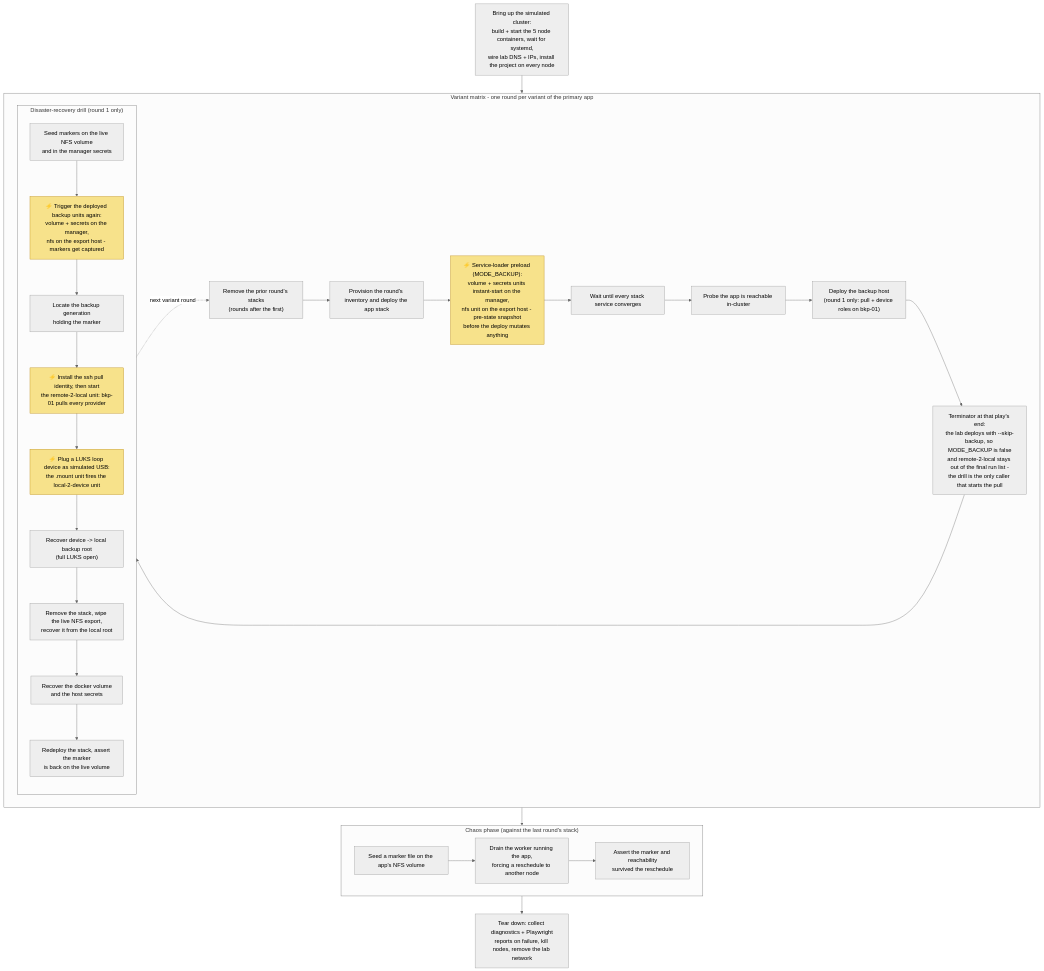
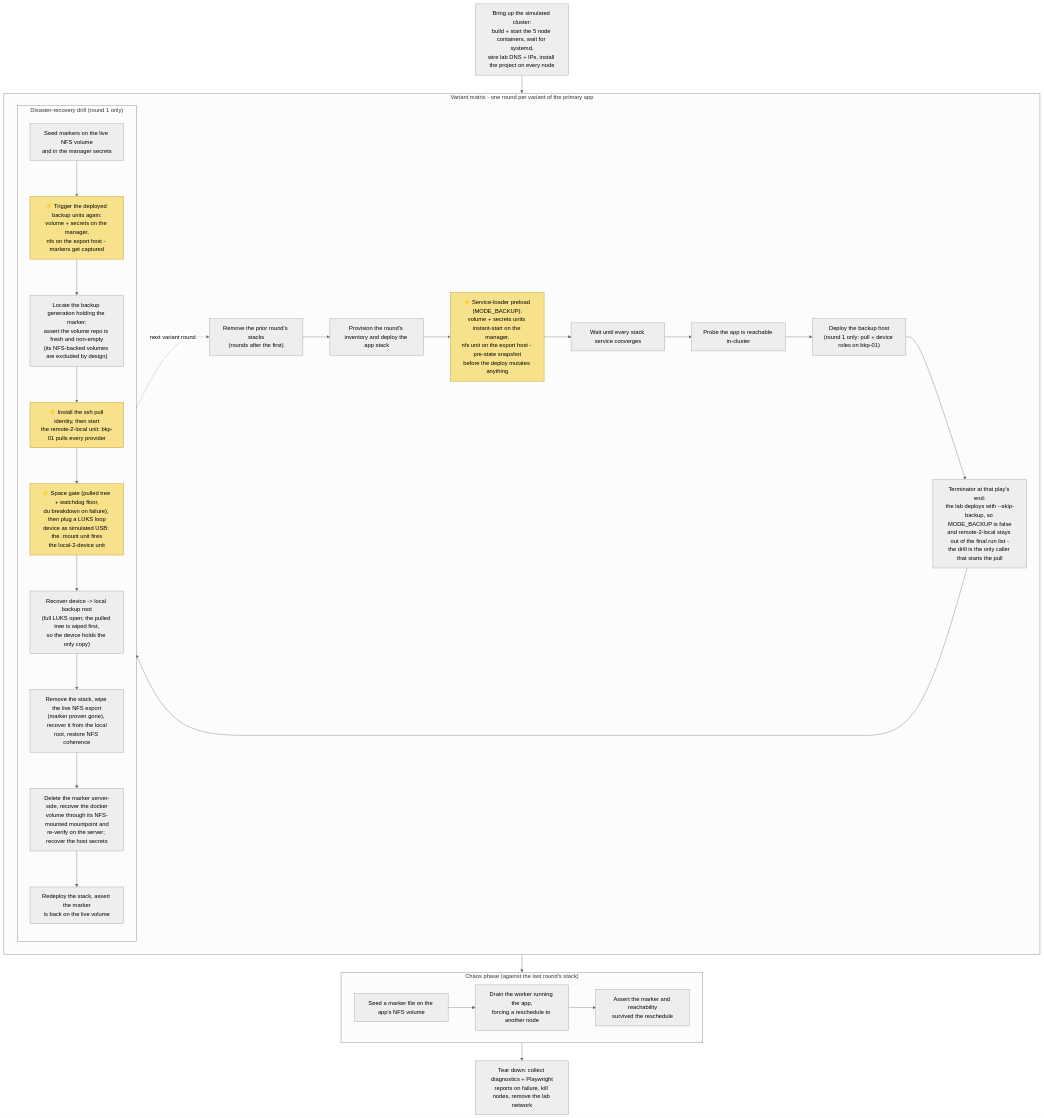
The diagram in scripts/tests/deploy/swarm/routine/README.md (AlejandroRomanIbanez/infinito-nexus), drawn with Mermaid (neutral theme) before and after one commit. The commit also changed 2 other files, not shown here.

````diff
--- a/scripts/tests/deploy/swarm/routine/README.md
+++ b/scripts/tests/deploy/swarm/routine/README.md
@@ -11,44 +11,44 @@
 ```mermaid
 flowchart TB
     boot["Bring up the simulated cluster:<br/>build + start the 5 node containers, wait for systemd,<br/>wire lab DNS + IPs, install the project on every node"]
 
     subgraph matrix["Variant matrix - one round per variant of the primary app"]
         purge["Remove the prior round's stacks<br/>(rounds after the first)"]
         prov["Provision the round's inventory and deploy the app stack"]
         t_pre["⚡ Service-loader preload (MODE_BACKUP):<br/>volume + secrets units instant-start on the manager,<br/>nfs unit on the export host - pre-state snapshot<br/>before the deploy mutates anything"]
         conv["Wait until every stack service converges"]
         reach["Probe the app is reachable in-cluster"]
         bkphost["Deploy the backup host<br/>(round 1 only: pull + device roles on bkp-01)"]
         t_term["Terminator at that play's end:<br/>the lab deploys with --skip-backup, so MODE_BACKUP is false<br/>and remote-2-local stays out of the final run list -<br/>the drill is the only caller that starts the pull"]
 
         subgraph drill["Disaster-recovery drill (round 1 only)"]
             d1["Seed markers on the live NFS volume<br/>and in the manager secrets"]
             t_d2["⚡ Trigger the deployed backup units again:<br/>volume + secrets on the manager,<br/>nfs on the export host - markers get captured"]
-            d3["Locate the backup generation<br/>holding the marker"]
+            d3["Locate the backup generation holding the marker;<br/>assert the volume repo is fresh and non-empty<br/>(its NFS-backed volumes are excluded by design)"]
             t_d4["⚡ Install the ssh pull identity, then start<br/>the remote-2-local unit: bkp-01 pulls every provider"]
-            t_d5["⚡ Plug a LUKS loop device as simulated USB:<br/>the .mount unit fires the local-2-device unit"]
-            d6["Recover device -> local backup root<br/>(full LUKS open)"]
-            d7["Remove the stack, wipe the live NFS export,<br/>recover it from the local root"]
-            d8["Recover the docker volume<br/>and the host secrets"]
+            t_d5["⚡ Space gate (pulled tree + watchdog floor,<br/>du breakdown on failure), then plug a LUKS loop<br/>device as simulated USB: the .mount unit fires<br/>the local-2-device unit"]
+            d6["Recover device -> local backup root<br/>(full LUKS open; the pulled tree is wiped first,<br/>so the device holds the only copy)"]
+            d7["Remove the stack, wipe the live NFS export<br/>(marker proven gone), recover it from the local<br/>root, restore NFS coherence"]
+            d8["Delete the marker server-side, recover the docker<br/>volume through its NFS-mounted mountpoint and<br/>re-verify on the server; recover the host secrets"]
             d9["Redeploy the stack, assert the marker<br/>is back on the live volume"]
             d1 --> t_d2 --> d3 --> t_d4 --> t_d5 --> d6 --> d7 --> d8 --> d9
         end
 
         purge --> prov --> t_pre --> conv --> reach --> bkphost --> t_term --> drill
         drill -.->|next variant round| purge
     end
 
     subgraph chaos["Chaos phase (against the last round's stack)"]
         seed["Seed a marker file on the app's NFS volume"]
         drain["Drain the worker running the app,<br/>forcing a reschedule to another node"]
         assertion["Assert the marker and reachability<br/>survived the reschedule"]
         seed --> drain --> assertion
     end
 
     teardown["Tear down: collect diagnostics + Playwright<br/>reports on failure, kill nodes, remove the lab network"]
 
     boot --> matrix --> chaos --> teardown
 
     classDef trigger fill:#f7e28b,stroke:#b8860b,color:#000
     class t_pre,t_d2,t_d4,t_d5 trigger
 ```
````
